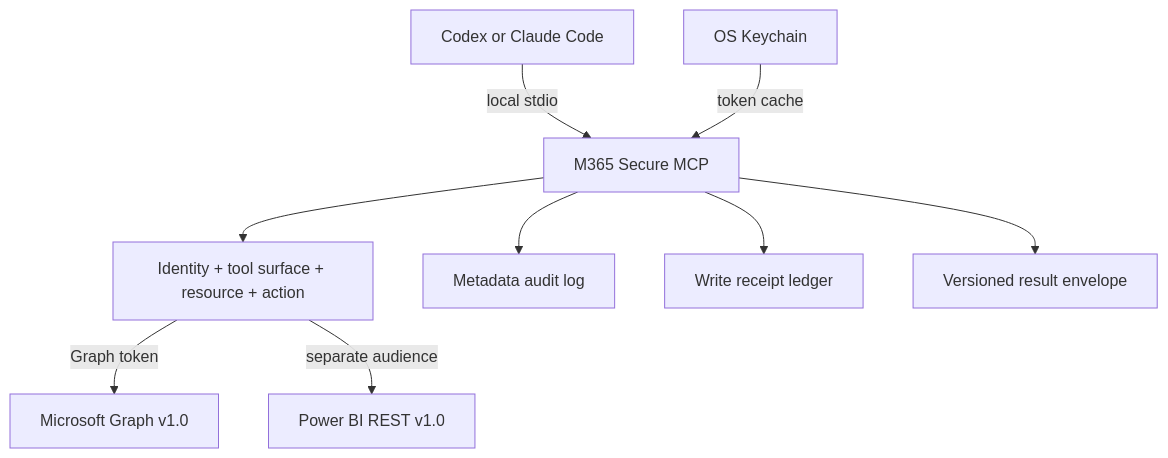
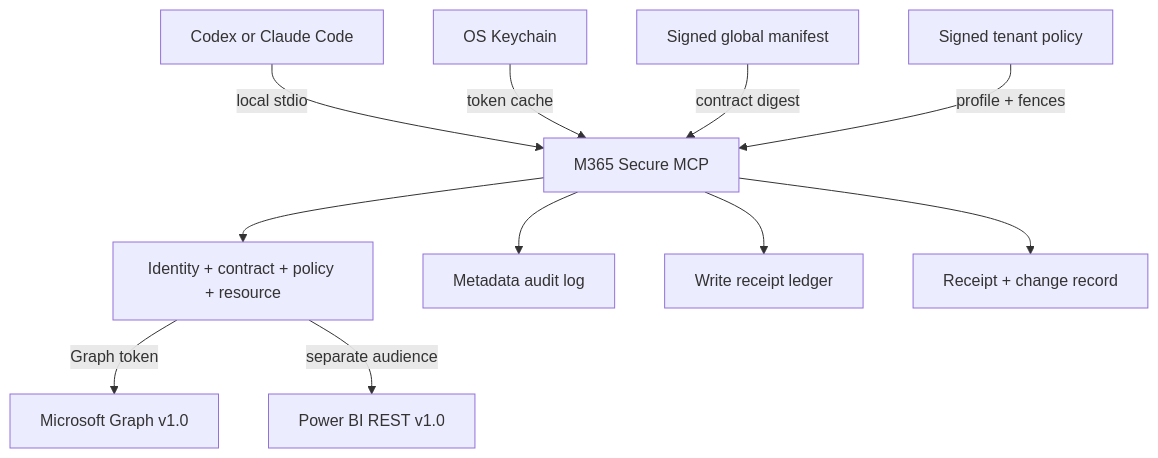
One commit to bugroo/m365-secure-mcp changed the diagram in README.md. Above: the diagram before and after it, drawn with Mermaid. The commit also changed other lines of this file and 51 other files, not shown here.

````diff
--- a/README.md
+++ b/README.md
@@ -40,11 +40,13 @@
 ```mermaid
 flowchart TB
     A["Codex or Claude Code"] -->|"local stdio"| B["M365 Secure MCP"]
     H["OS Keychain"] -->|"token cache"| B
-    B --> C["Identity + tool surface + resource + action"]
+    M["Signed global manifest"] -->|"contract digest"| B
+    Y["Signed tenant policy"] -->|"profile + fences"| B
+    B --> C["Identity + contract + policy + resource"]
     C -->|"Graph token"| G["Microsoft Graph v1.0"]
     C -->|"separate audience"| P["Power BI REST v1.0"]
     B --> I["Metadata audit log"]
     B --> J["Write receipt ledger"]
-    B --> K["Versioned result envelope"]
+    B --> K["Receipt + change record"]
 ```
````
